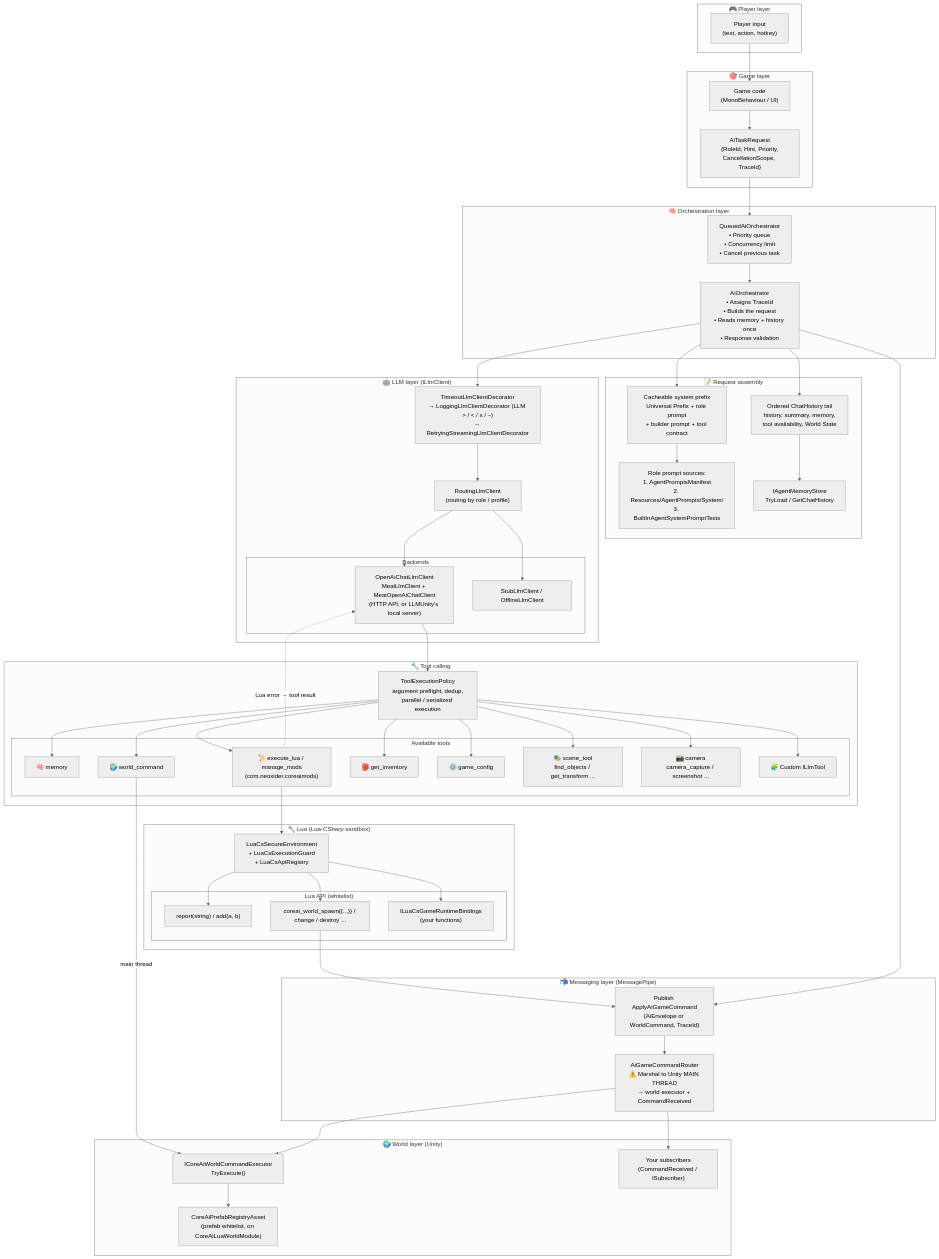
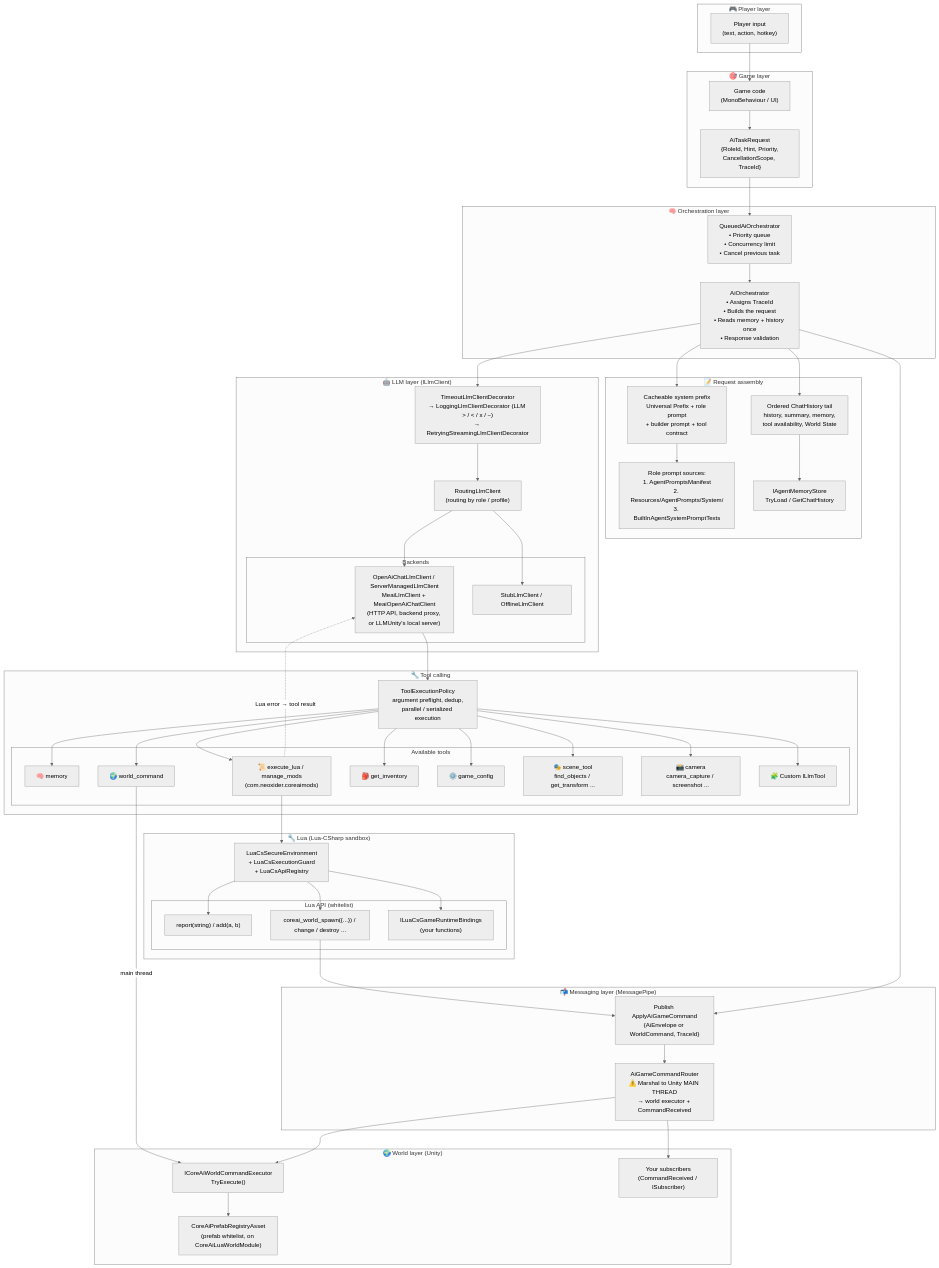
One commit to NeoXider/CoreAI changed the first of 2 diagrams in Assets/CoreAiUnity/Docs/COMMAND_FLOW_DIAGRAM.md. Above: the diagram before and after it, drawn with Mermaid (neutral theme). The commit also changed other lines of this file and 303 other files, not shown here.

```diff
--- a/Assets/CoreAiUnity/Docs/COMMAND_FLOW_DIAGRAM.md
+++ b/Assets/CoreAiUnity/Docs/COMMAND_FLOW_DIAGRAM.md
@@ -34,7 +34,7 @@
         Routing["RoutingLlmClient<br/>(routing by role / profile)"]
 
         subgraph BACKENDS ["Backends"]
-            OpenAI["OpenAiChatLlmClient<br/>MeaiLlmClient + MeaiOpenAiChatClient<br/>(HTTP API, or LLMUnity's local server)"]
+            OpenAI["OpenAiChatLlmClient / ServerManagedLlmClient<br/>MeaiLlmClient + MeaiOpenAiChatClient<br/>(HTTP API, backend proxy, or LLMUnity's local server)"]
             Stub["StubLlmClient / OfflineLlmClient"]
         end
     end
```
